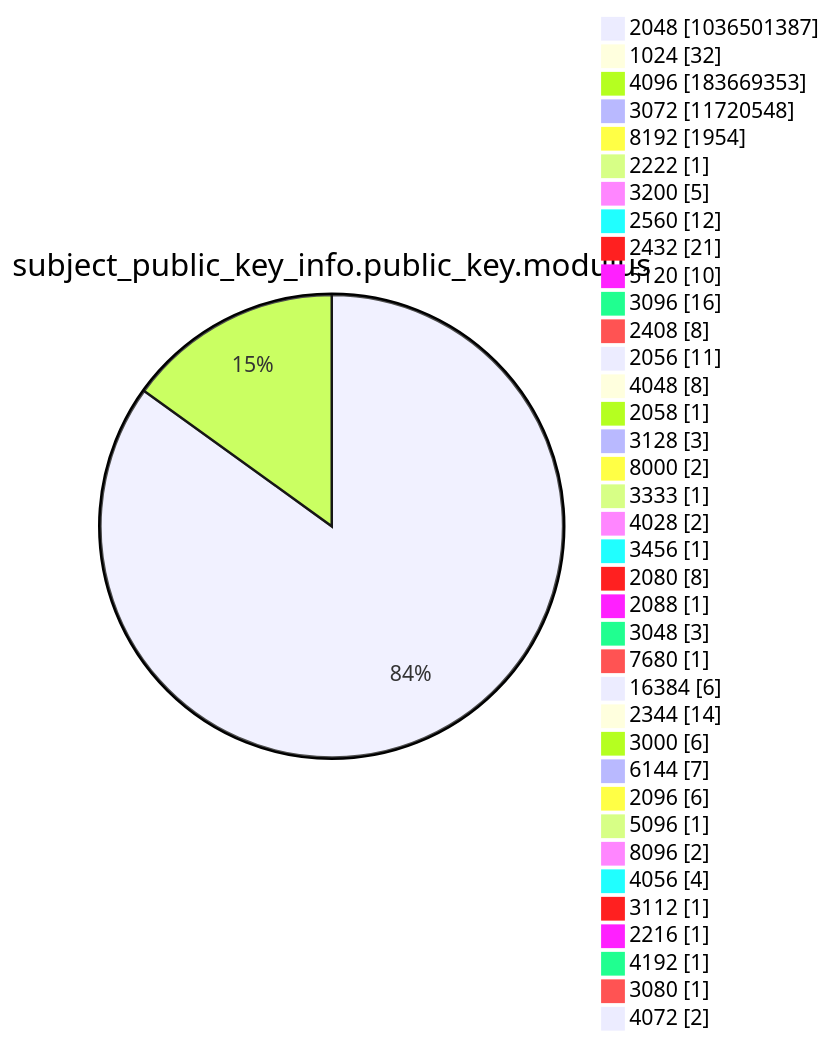
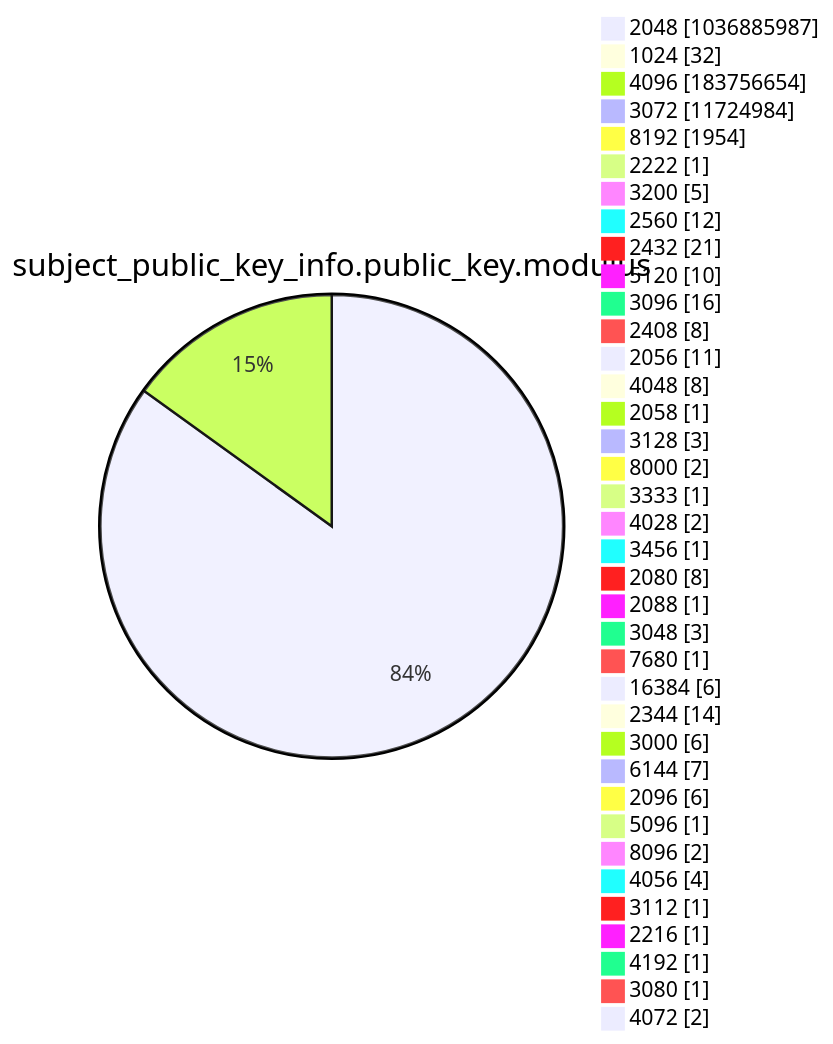
One commit to christiankrug/ctmonitor_visualization changed diagram 13 of 15 in argon2022/README.md. Above: the diagram before and after it, drawn with Mermaid. The commit also changed other lines of this file, not shown here.

````diff
--- a/argon2022/README.md
+++ b/argon2022/README.md
@@ -3589,41 +3589,41 @@
 ```mermaid
 pie showData
 title subject_public_key_info.public_key.modulus
-"2048" :1036501387
+"2048" :1036885987
 "1024" :32
-"4096" :183669353
-"3072" :11720548
+"4096" :183756654
+"3072" :11724984
 "8192" :1954
 "2222" :1
 "3200" :5
 "2560" :12
 "2432" :21
 "5120" :10
 "3096" :16
 "2408" :8
 "2056" :11
 "4048" :8
 "2058" :1
 "3128" :3
 "8000" :2
 "3333" :1
 "4028" :2
 "3456" :1
 "2080" :8
 "2088" :1
 "3048" :3
 "7680" :1
 "16384" :6
 "2344" :14
 "3000" :6
 "6144" :7
 "2096" :6
 "5096" :1
 "8096" :2
 "4056" :4
 "3112" :1
 "2216" :1
 "4192" :1
 "3080" :1
 "4072" :2
 ```
````
